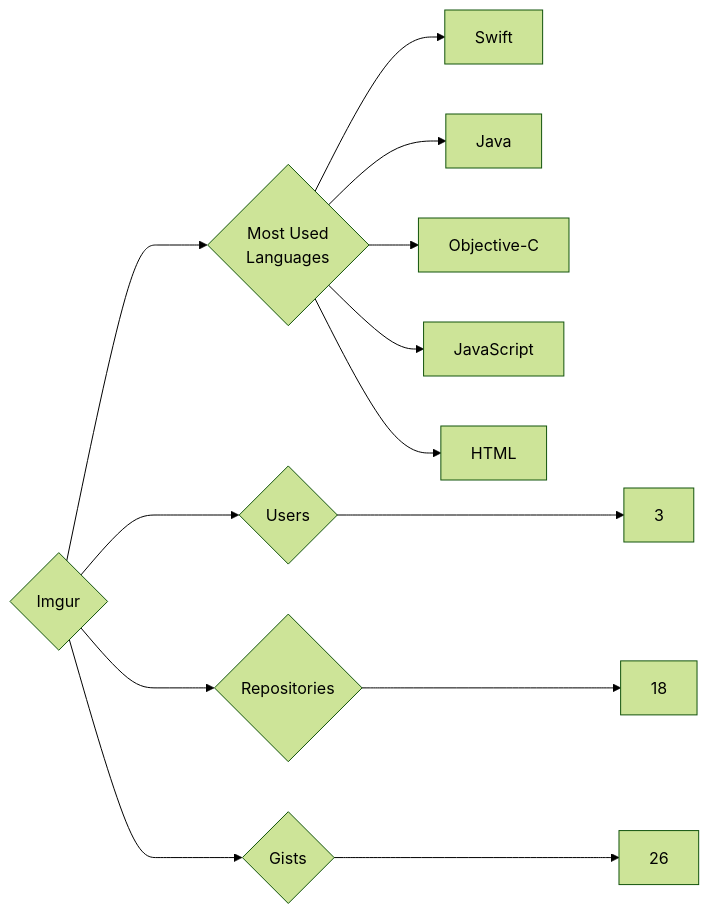
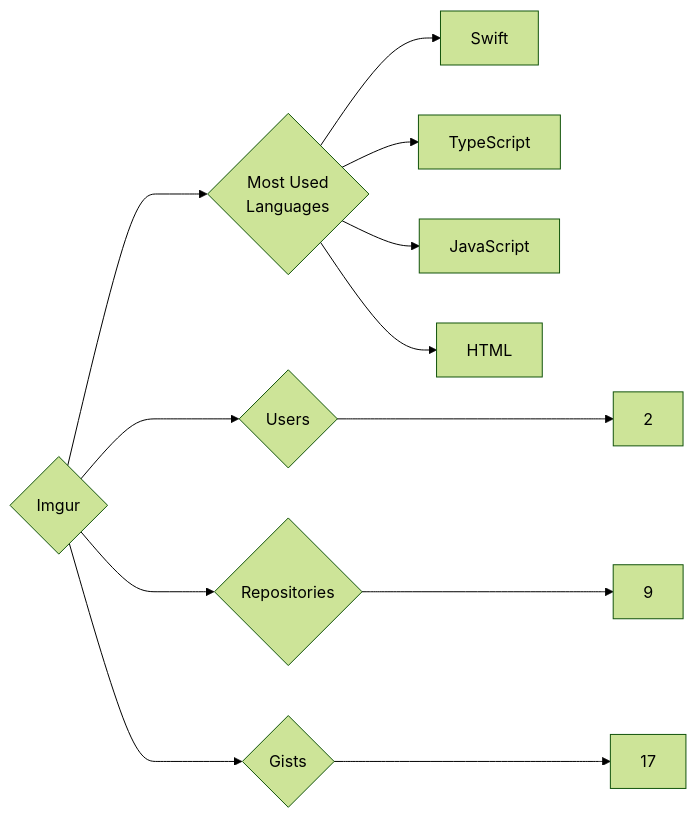
Before and after one commit to trickest/insiders: the diagram in targets/Imgur/README.md, drawn with Mermaid (forest theme). The commit also changed 611 other files, not shown here.

````diff
--- a/targets/Imgur/README.md
+++ b/targets/Imgur/README.md
@@ -3,13 +3,12 @@
 ```mermaid
 graph LR
 COMPANY_NAME{Imgur}
-COMPANY_NAME ---> U{Users} ---> UN[3]
-COMPANY_NAME ---> R{Repositories} ---> RN[18]
-COMPANY_NAME ---> G{Gists} ---> GN[26]
+COMPANY_NAME ---> U{Users} ---> UN[2]
+COMPANY_NAME ---> R{Repositories} ---> RN[9]
+COMPANY_NAME ---> G{Gists} ---> GN[17]
 COMPANY_NAME ---> ML{Most Used<br>Languages}
 ML --> Swift[Swift]
-ML --> Java[Java]
-ML --> Objective-C[Objective-C]
+ML --> TypeScript[TypeScript]
 ML --> JavaScript[JavaScript]
 ML --> HTML[HTML]
 ```
````
